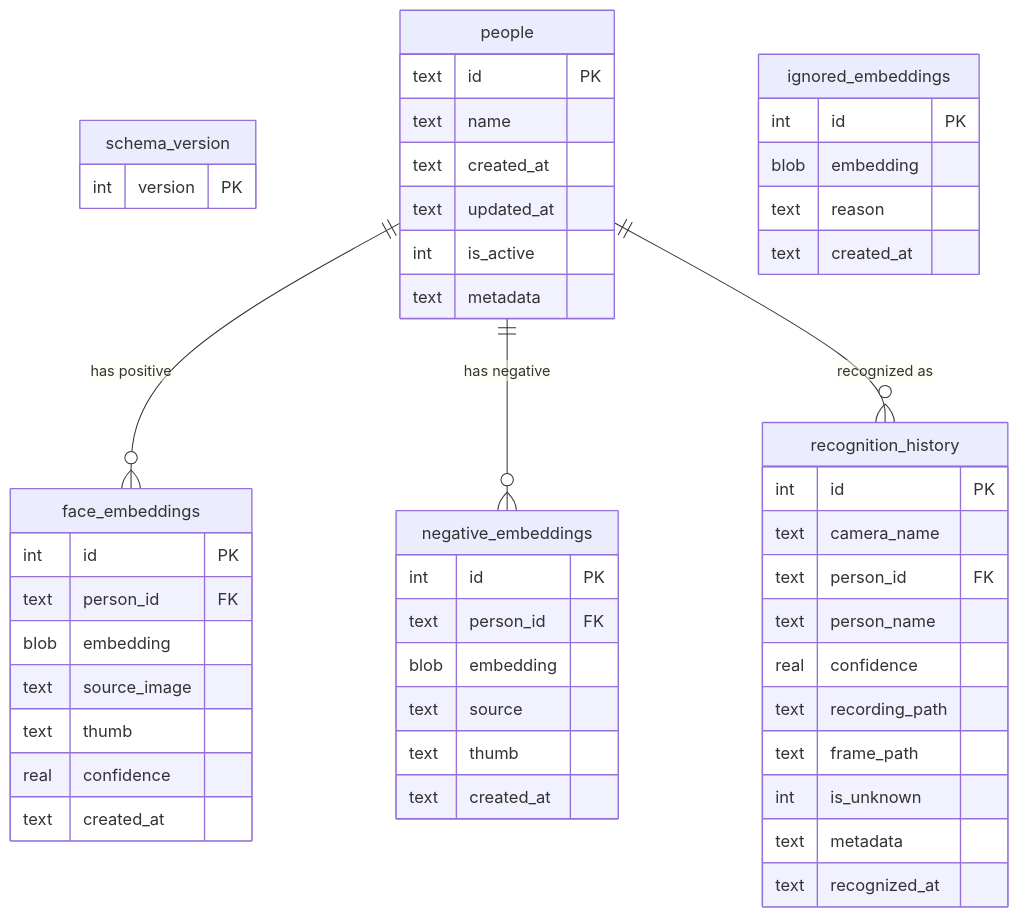
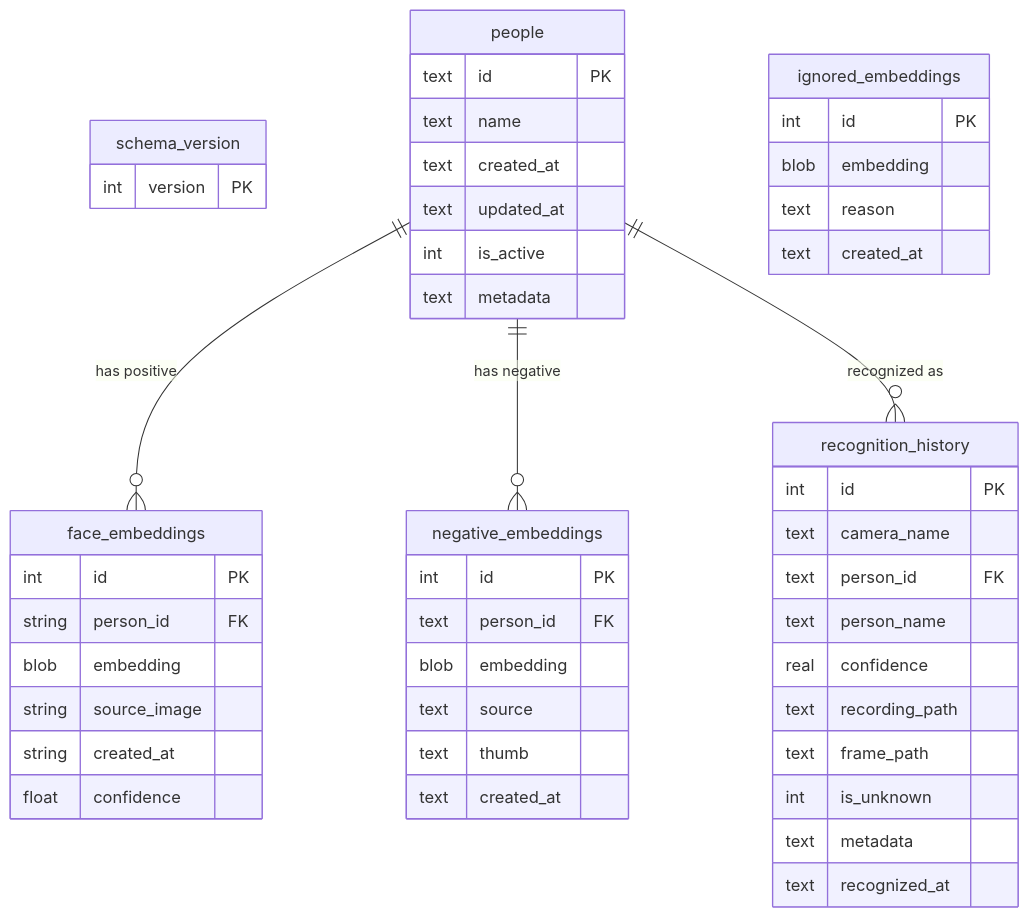
One commit to brainAThome/Opening_RTSP-Recorder changed the eighth of 8 diagrams in README.md. Above: the diagram before and after it, drawn with Mermaid. The commit also changed other lines of this file, not shown here.

Commit message:
docs: Fix README diagrams to match codebase implementation

````diff
--- a/README.md
+++ b/README.md
@@ -597,58 +599,57 @@
 ```mermaid
 erDiagram
     schema_version {
         int version PK
     }
     
     people {
         text id PK
         text name
         text created_at
         text updated_at
         int is_active
         text metadata
     }
     
     face_embeddings {
         int id PK
-        text person_id FK
+        string person_id FK
         blob embedding
-        text source_image
-        text thumb
-        real confidence
-        text created_at
+        string source_image
+        string created_at
+        float confidence
     }
     
     negative_embeddings {
         int id PK
         text person_id FK
         blob embedding
         text source
         text thumb
         text created_at
     }
     
     ignored_embeddings {
         int id PK
         blob embedding
         text reason
         text created_at
     }
     
     recognition_history {
         int id PK
         text camera_name
         text person_id FK
         text person_name
         real confidence
         text recording_path
         text frame_path
         int is_unknown
         text metadata
         text recognized_at
     }
     
     people ||--o{ face_embeddings : "has positive"
     people ||--o{ negative_embeddings : "has negative"
     people ||--o{ recognition_history : "recognized as"
 ```
````
